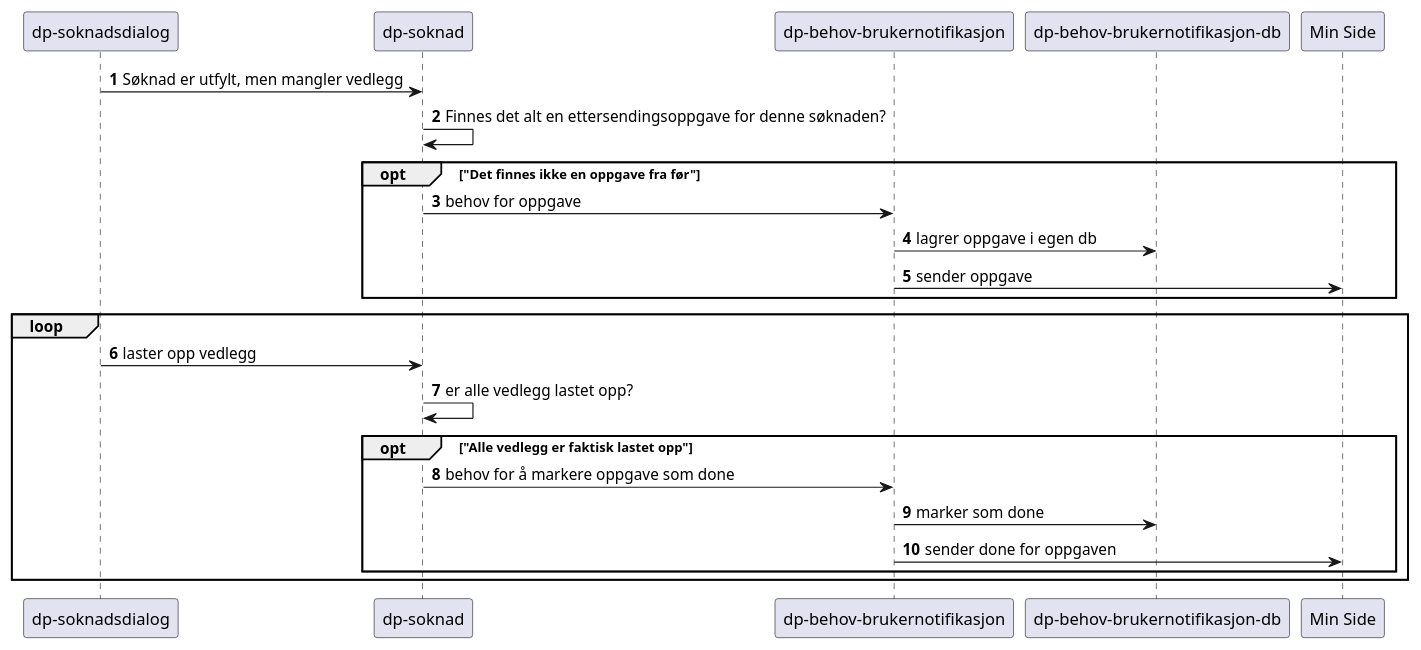
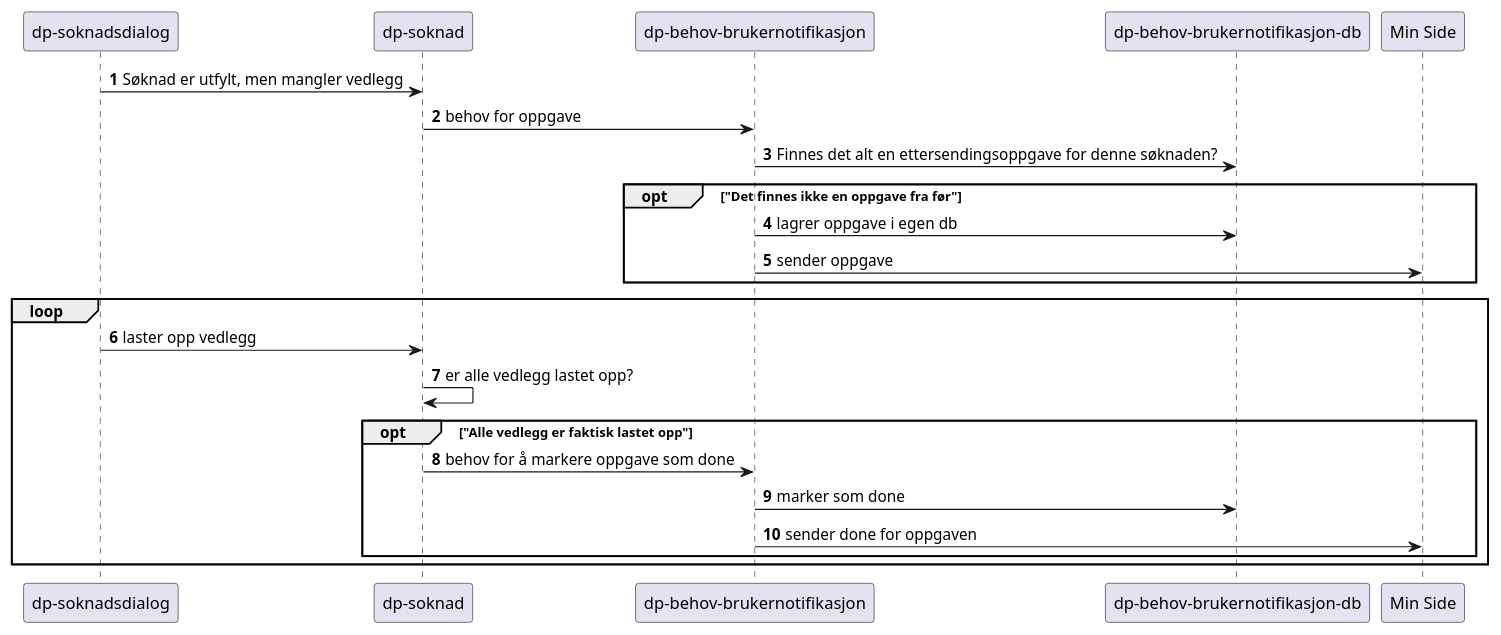
The diagram in docs/arkitektur/brukernotifikasjoner/oppgaveVedEttersending.puml (navikt/dp-soknad), drawn with PlantUML before and after one commit.

Commit message:
Oppdatert med hvor det sjekkes om det finnes en oppgave fra før.

```diff
--- a/docs/arkitektur/brukernotifikasjoner/oppgaveVedEttersending.puml
+++ b/docs/arkitektur/brukernotifikasjoner/oppgaveVedEttersending.puml
@@ -1,23 +1,23 @@
 @startuml
 
 autonumber
 
 "dp-soknadsdialog" -> "dp-soknad": Søknad er utfylt, men mangler vedlegg
-"dp-soknad" -> "dp-soknad": Finnes det alt en ettersendingsoppgave for denne søknaden?
+"dp-soknad" -> "dp-behov-brukernotifikasjon": behov for oppgave
+"dp-behov-brukernotifikasjon" -> "dp-behov-brukernotifikasjon-db": Finnes det alt en ettersendingsoppgave for denne søknaden?
 opt "Det finnes ikke en oppgave fra før"
-"dp-soknad" -> "dp-behov-brukernotifikasjon": behov for oppgave
 "dp-behov-brukernotifikasjon" -> "dp-behov-brukernotifikasjon-db": lagrer oppgave i egen db
 "dp-behov-brukernotifikasjon" -> "Min Side": sender oppgave
 end
 
 loop
     "dp-soknadsdialog" -> "dp-soknad": laster opp vedlegg
     "dp-soknad" -> "dp-soknad": er alle vedlegg lastet opp?
     opt "Alle vedlegg er faktisk lastet opp"
         "dp-soknad" -> "dp-behov-brukernotifikasjon": behov for å markere oppgave som done
         "dp-behov-brukernotifikasjon" -> "dp-behov-brukernotifikasjon-db": marker som done
         "dp-behov-brukernotifikasjon" -> "Min Side": sender done for oppgaven
     end
 end
 
 @enduml
```
